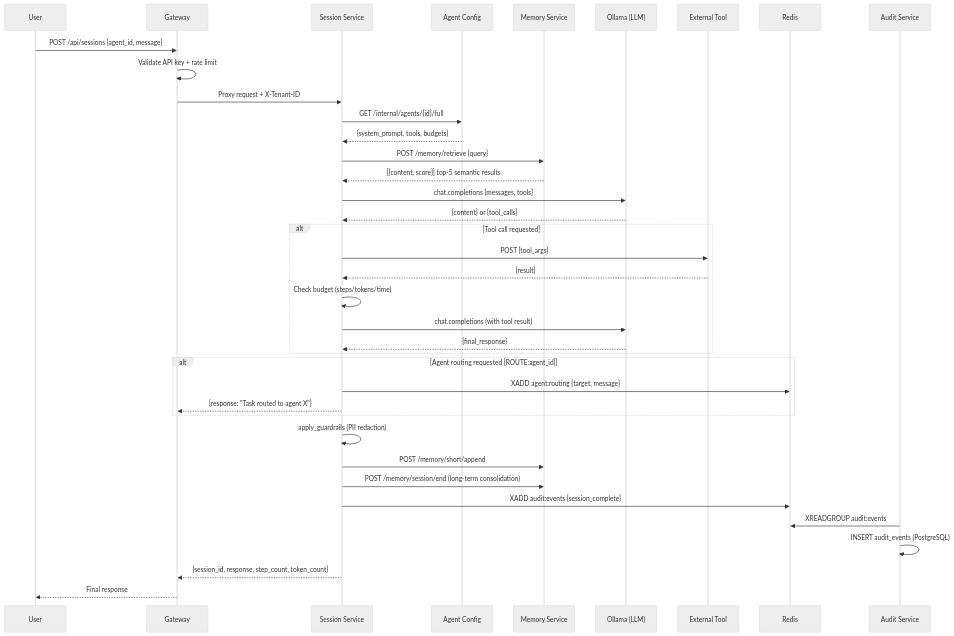
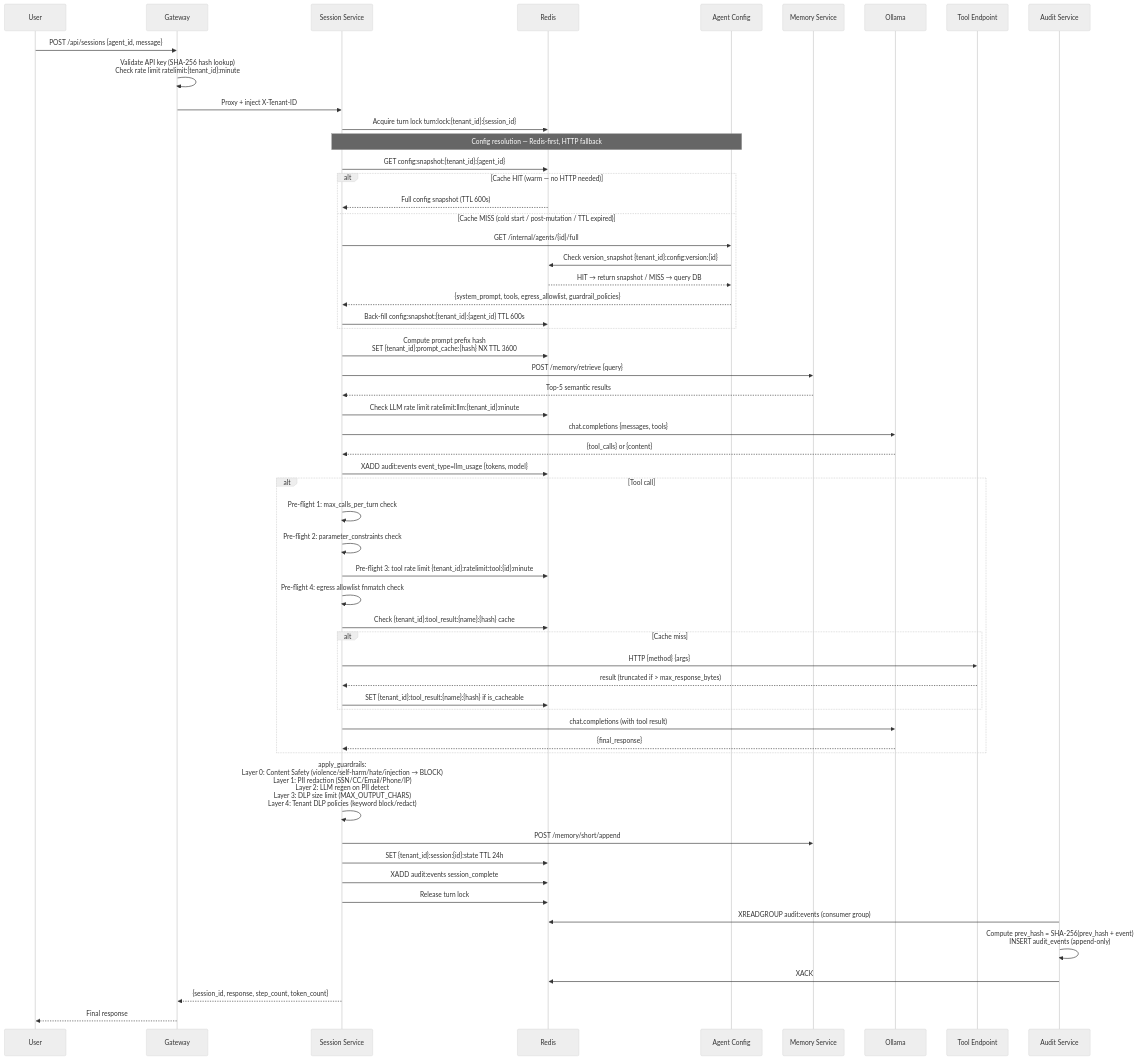
Before and after one commit to asadkaramat/enterprise-ai-agent-platform: the ninth of 17 diagrams in README.md, drawn with Mermaid (neutral theme). The commit also changed other lines of this file and 58 other files, not shown here.

First line of the commit message:
Add versioning, policies, egress, audit archival, and tool call execution docs

````diff
--- a/README.md
+++ b/README.md
@@ -105,48 +483,70 @@
 ```mermaid
 sequenceDiagram
     participant U as User
     participant GW as Gateway
     participant SS as Session Service
+    participant RD as Redis
     participant ACS as Agent Config
     participant MS as Memory Service
-    participant OL as Ollama (LLM)
-    participant Tool as External Tool
-    participant RD as Redis
+    participant OL as Ollama
+    participant Tool as Tool Endpoint
     participant AS as Audit Service
 
     U->>GW: POST /api/sessions {agent_id, message}
-    GW->>GW: Validate API key + rate limit
-    GW->>SS: Proxy request + X-Tenant-ID
+    GW->>GW: Validate API key (SHA-256 hash lookup)<br/>Check rate limit ratelimit:{tenant_id}:minute
+    GW->>SS: Proxy + inject X-Tenant-ID
 
-    SS->>ACS: GET /internal/agents/{id}/full
-    ACS-->>SS: {system_prompt, tools, budgets}
+    SS->>RD: Acquire turn lock turn:lock:{tenant_id}:{session_id}
+
+    Note over SS,ACS: Config resolution — Redis-first, HTTP fallback
+    SS->>RD: GET config:snapshot:{tenant_id}:{agent_id}
+    alt Cache HIT (warm — no HTTP needed)
+        RD-->>SS: Full config snapshot (TTL 600s)
+    else Cache MISS (cold start / post-mutation / TTL expired)
+        SS->>ACS: GET /internal/agents/{id}/full
+        ACS->>RD: Check version_snapshot {tenant_id}:config:version:{id}
+        RD-->>ACS: HIT → return snapshot / MISS → query DB
+        ACS-->>SS: {system_prompt, tools, egress_allowlist, guardrail_policies}
+        SS->>RD: Back-fill config:snapshot:{tenant_id}:{agent_id} TTL 600s
+    end
+
+    SS->>RD: Compute prompt prefix hash<br/>SET {tenant_id}:prompt_cache:{hash} NX TTL 3600
 
     SS->>MS: POST /memory/retrieve {query}
-    MS-->>SS: [{content, score}] top-5 semantic results
+    MS-->>SS: Top-5 semantic results
 
+    SS->>RD: Check LLM rate limit ratelimit:llm:{tenant_id}:minute
     SS->>OL: chat.completions {messages, tools}
-    OL-->>SS: {content} or {tool_calls}
+    OL-->>SS: {tool_calls} or {content}
 
-    alt Tool call requested
-        SS->>Tool: POST {tool_args}
-        Tool-->>SS: {result}
-        SS->>SS: Check budget (steps/tokens/time)
+    SS->>RD: XADD audit:events event_type=llm_usage {tokens, model}
+
+    alt Tool call
+        SS->>SS: Pre-flight 1: max_calls_per_turn check
+        SS->>SS: Pre-flight 2: parameter_constraints check
+        SS->>RD: Pre-flight 3: tool rate limit {tenant_id}:ratelimit:tool:{id}:minute
+        SS->>SS: Pre-flight 4: egress allowlist fnmatch check
+        SS->>RD: Check {tenant_id}:tool_result:{name}:{hash} cache
+        alt Cache miss
+            SS->>Tool: HTTP {method} {args}
+            Tool-->>SS: result (truncated if > max_response_bytes)
+            SS->>RD: SET {tenant_id}:tool_result:{name}:{hash} if is_cacheable
+        end
         SS->>OL: chat.completions (with tool result)
         OL-->>SS: {final_response}
     end
 
-    alt Agent routing requested [ROUTE:agent_id]
-        SS->>RD: XADD agent:routing {target, message}
-        SS-->>GW: {response: "Task routed to agent X"}
-    end
+    SS->>SS: apply_guardrails:<br/>Layer 0: Content Safety (violence/self-harm/hate/injection → BLOCK)<br/>Layer 1: PII redaction (SSN/CC/Email/Phone/IP)<br/>Layer 2: LLM regen on PII detect<br/>Layer 3: DLP size limit (MAX_OUTPUT_CHARS)<br/>Layer 4: Tenant DLP policies (keyword block/redact)
 
-    SS->>SS: apply_guardrails (PII redaction)
     SS->>MS: POST /memory/short/append
-    SS->>MS: POST /memory/session/end (long-term consolidation)
-    SS->>RD: XADD audit:events {session_complete}
-    AS->>RD: XREADGROUP audit:events
-    AS->>AS: INSERT audit_events (PostgreSQL)
+    SS->>RD: SET {tenant_id}:session:{id}:state TTL 24h
+    SS->>RD: XADD audit:events session_complete
+    SS->>RD: Release turn lock
+
+    AS->>RD: XREADGROUP audit:events (consumer group)
+    AS->>AS: Compute prev_hash = SHA-256(prev_hash + event)<br/>INSERT audit_events (append-only)
+    AS->>RD: XACK
 
     SS-->>GW: {session_id, response, step_count, token_count}
     GW-->>U: Final response
 ```
````
